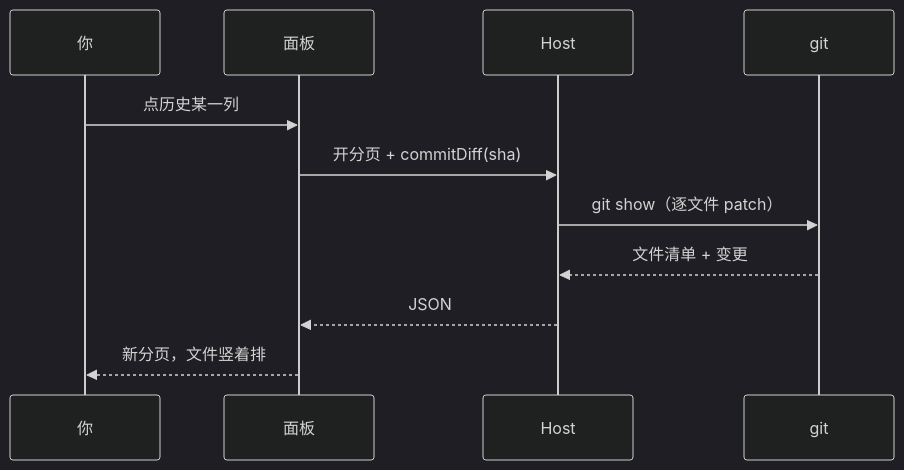
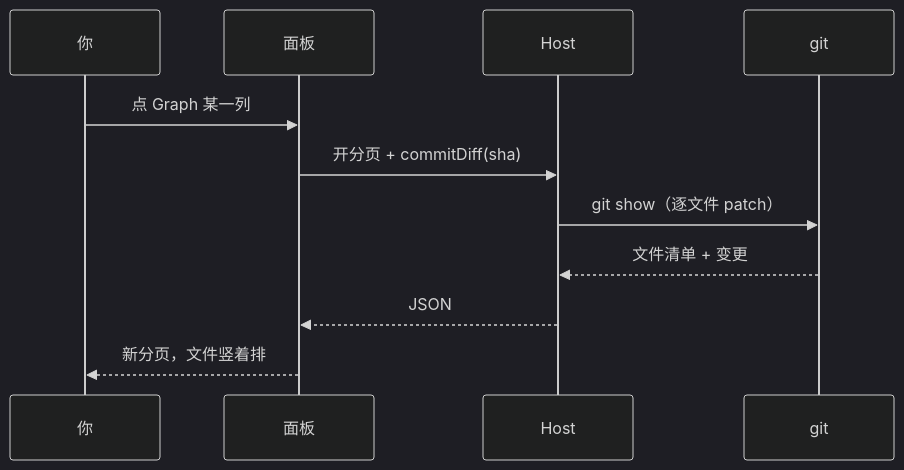
Before and after one commit to ET921/dsh-git-management: the third of 5 diagrams in README.zh-CN.md, drawn with Mermaid (dark theme). The commit also changed other lines of this file and 12 other files, not shown here.

First line of the commit message:
feat/graph-collaboration : 顯示同事分支並修好按鈕字色

````diff
--- a/README.zh-CN.md
+++ b/README.zh-CN.md
@@ -96,13 +96,13 @@
 ```mermaid
 sequenceDiagram
   participant U as 你
   participant P as 面板
   participant H as Host
   participant G as git
-  U->>P: 点历史某一列
+  U->>P: 点 Graph 某一列
   P->>H: 开分页 + commitDiff(sha)
   H->>G: git show（逐文件 patch）
   G-->>H: 文件清单 + 变更
   H-->>P: JSON
   P-->>U: 新分页，文件竖着排
 ```
````
